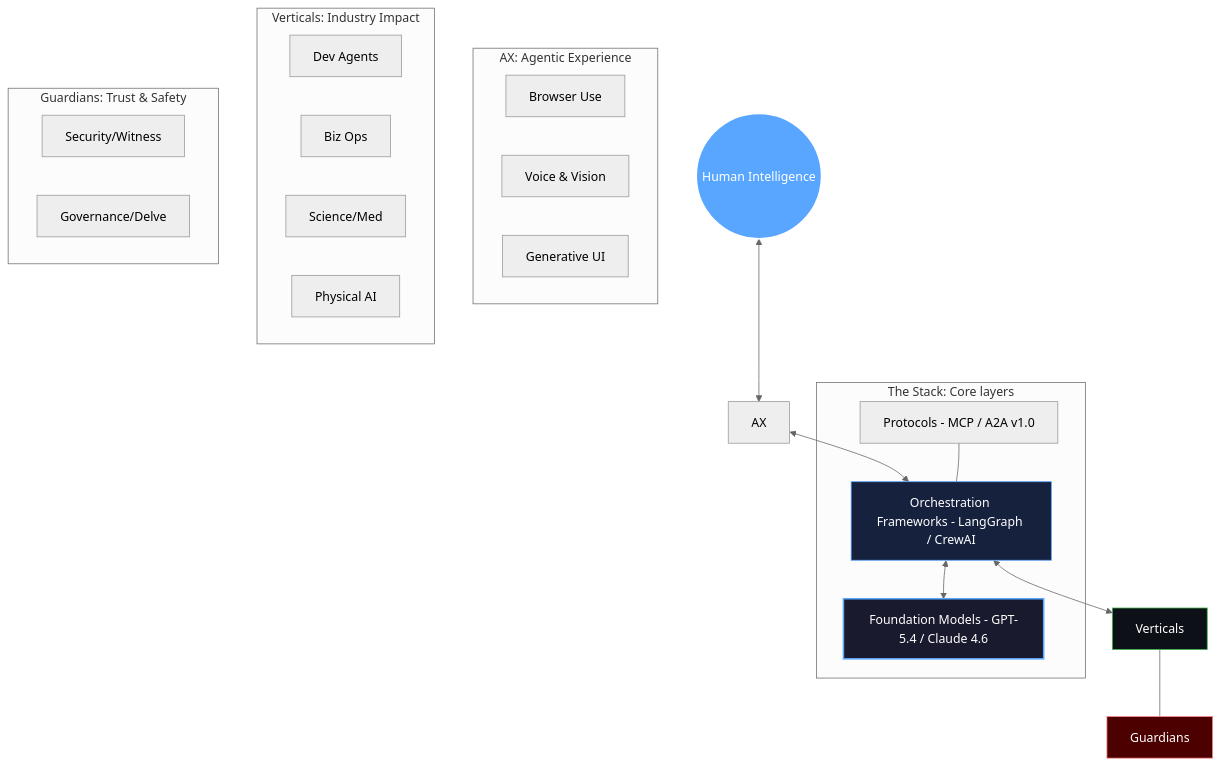
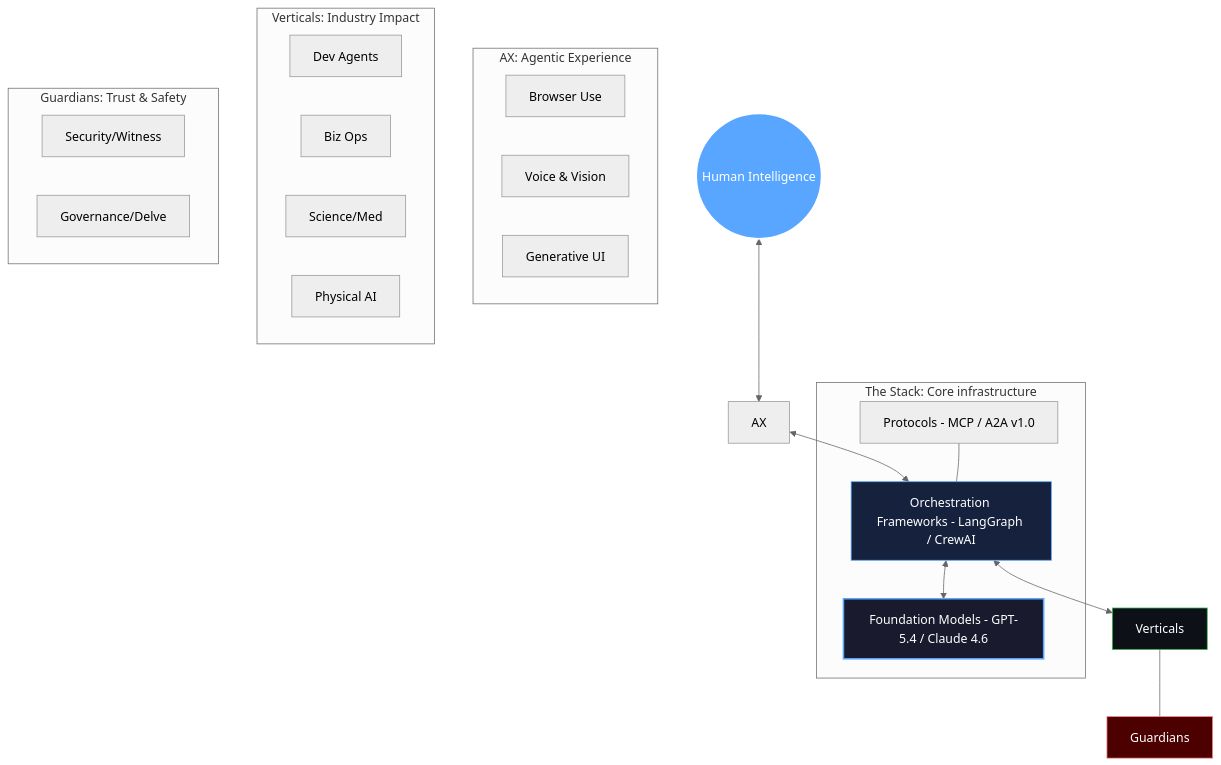
Before and after one commit to HA2345567/awesome-autonomus-ai-agents: the diagram in Readme.md, drawn with Mermaid (neutral theme). The commit also changed other lines of this file and 1 other file, not shown here.

````diff
--- a/Readme.md
+++ b/Readme.md
@@ -26,41 +27,41 @@
 ```mermaid
 graph TD
     User((Human Intelligence))
     
     subgraph "AX: Agentic Experience"
         BU[Browser Use]
         VI[Voice & Vision]
         UI[Generative UI]
     end
     
-    subgraph "The Stack: Core layers"
+    subgraph "The Stack: Core infrastructure"
         FM[Foundation Models - GPT-5.4 / Claude 4.6]
         AF[Orchestration Frameworks - LangGraph / CrewAI]
         PR[Protocols - MCP / A2A v1.0]
     end
     
     subgraph "Verticals: Industry Impact"
         DEV[Dev Agents]
         BIZ[Biz Ops]
         SCI[Science/Med]
         ROB[Physical AI]
     end
     
     subgraph "Guardians: Trust & Safety"
         SEC[Security/Witness]
         GOV[Governance/Delve]
     end
     
     User <--> AX
     AX <--> AF
     AF <--> FM
     PR --- AF
     AF <--> Verticals
     Verticals --- Guardians
     
     style User fill:#58a6ff,stroke:#fff,stroke-width:2px,color:#fff
     style FM fill:#1a1a2e,stroke:#58a6ff,stroke-width:2px,color:#fff
     style AF fill:#16213e,stroke:#58a6ff,stroke-width:1px,color:#fff
     style Verticals fill:#0d1117,stroke:#3fb950,stroke-width:1px,color:#fff
     style Guardians fill:#4d0000,stroke:#fb8b8b,stroke-width:1px,color:#fff
 ```
````
